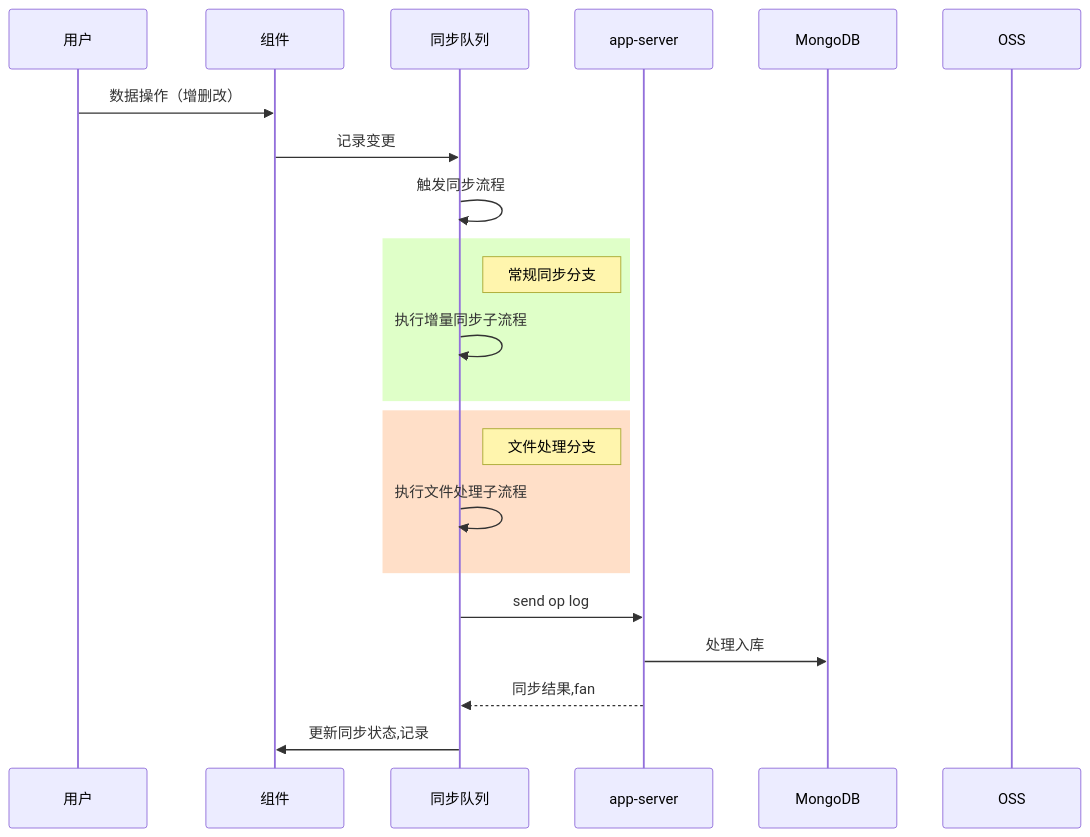
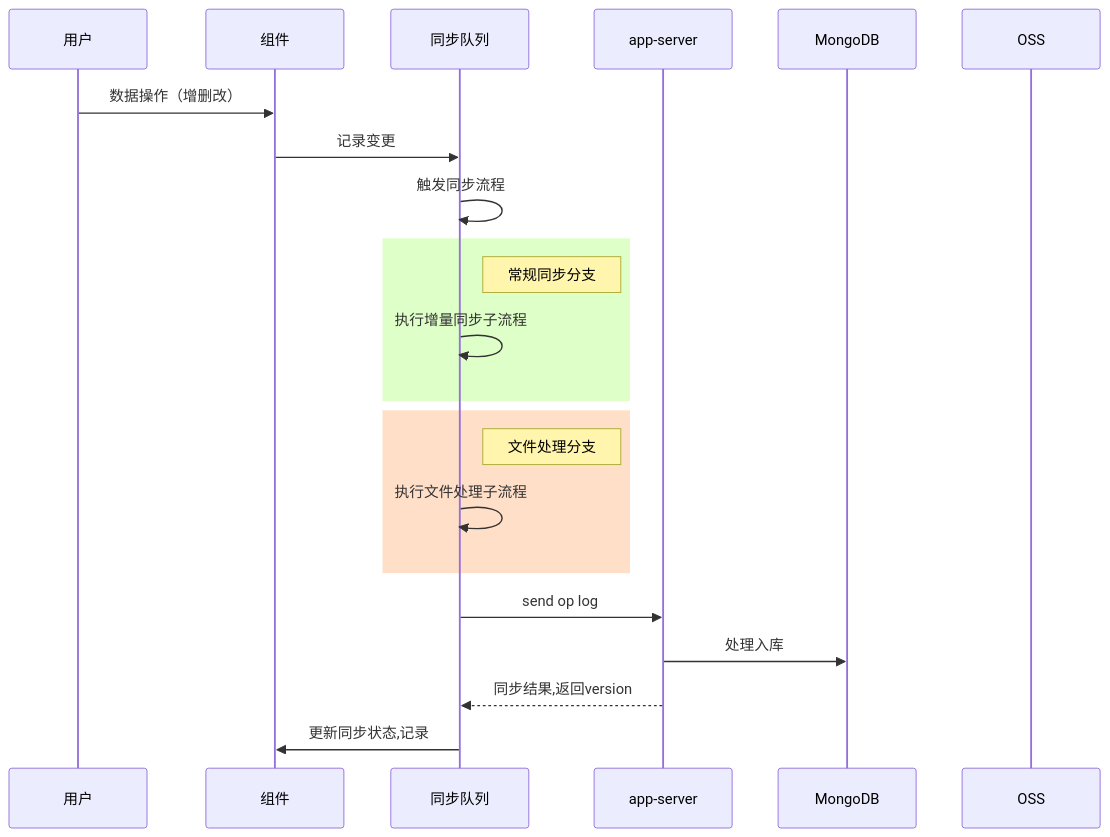
Before and after one commit to yingjianzh/iodraw-files: the diagram in all/未命名-24.md, drawn with Mermaid.

Commit message:
2025-02-24 16:23:35 update

````diff
--- a/all/未命名-24.md
+++ b/all/未命名-24.md
@@ -1,33 +1,33 @@
 ```mermaid
 
 sequenceDiagram
     participant 用户
     participant 组件
     participant 同步队列
     participant app-server
     participant MongoDB
     participant OSS
 
 
     用户->>组件: 数据操作（增删改）
     组件->>同步队列: 记录变更
     同步队列->>同步队列: 触发同步流程
 
 
     rect rgb(223,255,200)
     Note right of 同步队列: 常规同步分支
     同步队列->>同步队列: 执行增量同步子流程
     end
 
     rect rgb(255,223,200)
     Note right of 同步队列: 文件处理分支
     同步队列->>同步队列: 执行文件处理子流程
     end
     
     同步队列->>app-server: send op log
     app-server->>MongoDB: 处理入库
 
-    app-server-->>同步队列: 同步结果,fan
+    app-server-->>同步队列: 同步结果,返回version
     同步队列->>组件: 更新同步状态,记录
 
 ```
````
